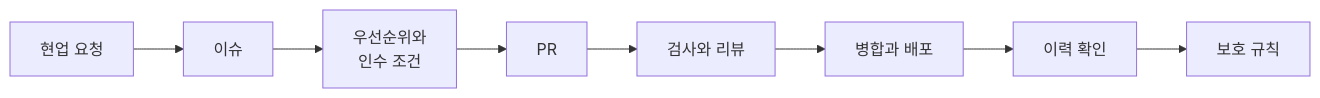
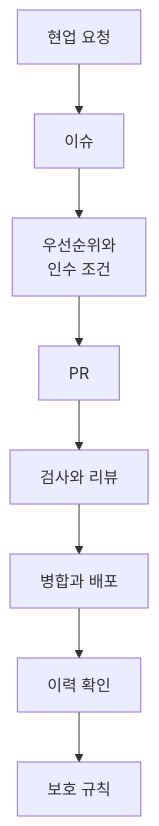
Before and after one commit to hyongsu/github-900-lab: the diagram in docs/index.md, drawn with Mermaid. The commit also changed 17 other files, not shown here.

First line of the commit message:
흐름도 가독성 개선: 노드 4개 이상인 가로 mermaid 그림을 세로로 변경

````diff
--- a/docs/index.md
+++ b/docs/index.md
@@ -16,4 +16,4 @@
 ```mermaid
-flowchart LR
+flowchart TB
     A["현업 요청"] --> B["이슈"] --> C["우선순위와<br/>인수 조건"] --> D["PR"] --> E["검사와 리뷰"] --> F["병합과 배포"] --> G["이력 확인"] --> H["보호 규칙"]
 ```
````
